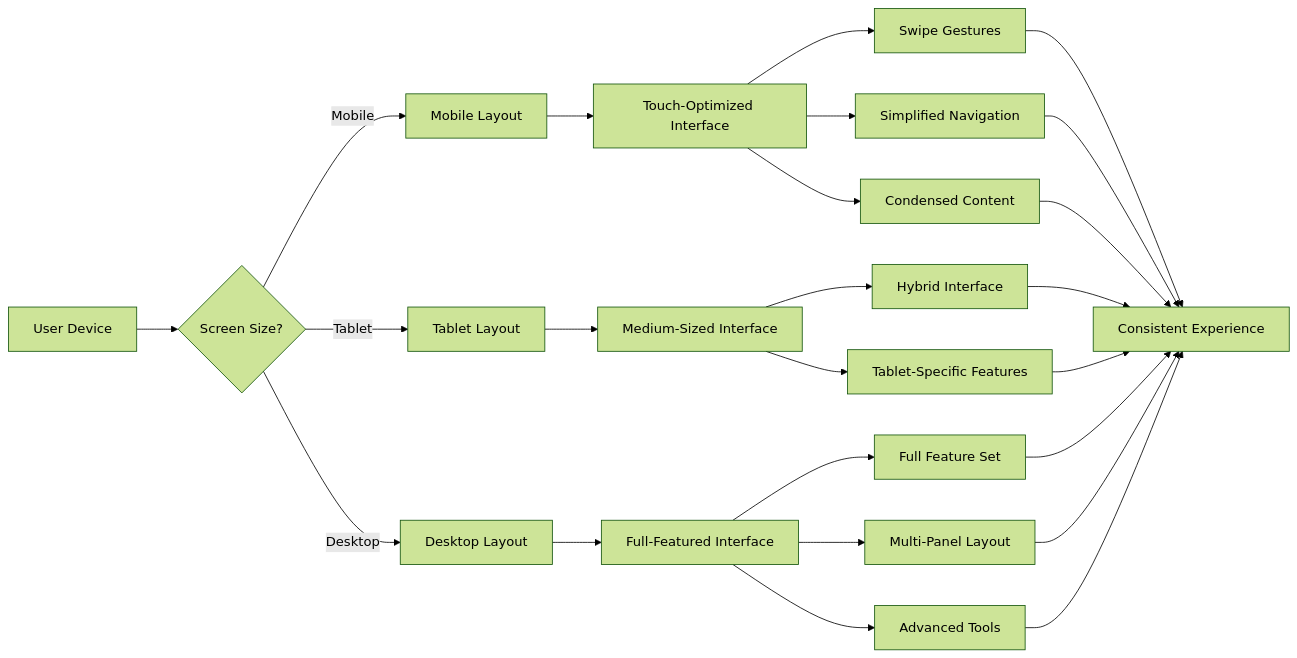
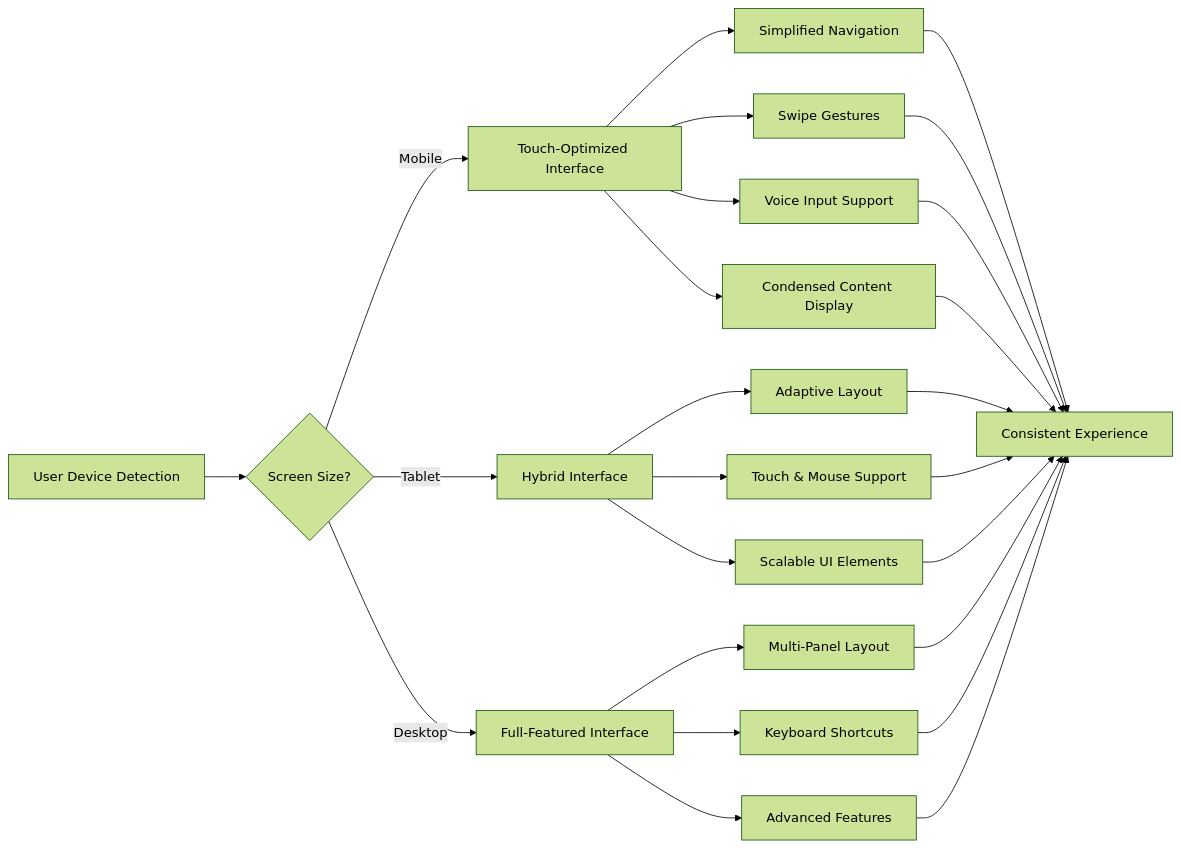
Diagram 13 of 18 in backend/docs/architecture/user-workflow.md (Sbcoit/forked-ai-agent-education-platform), drawn with Mermaid (forest theme) before and after one commit. The commit also changed other lines of this file and 5 other files, not shown here.

````diff
--- a/backend/docs/architecture/user-workflow.md
+++ b/backend/docs/architecture/user-workflow.md
@@ -531,31 +526,31 @@
 ```mermaid
 graph LR
-    A[User Device] --> B{Screen Size?}
-    B -->|Mobile| C[Mobile Layout]
-    B -->|Tablet| D[Tablet Layout]
-    B -->|Desktop| E[Desktop Layout]
+    A[User Device Detection] --> B{Screen Size?}
+    B -->|Mobile| C[Touch-Optimized Interface]
+    B -->|Tablet| D[Hybrid Interface]
+    B -->|Desktop| E[Full-Featured Interface]
     
-    C --> F[Touch-Optimized Interface]
-    D --> G[Medium-Sized Interface]
-    E --> H[Full-Featured Interface]
+    C --> F[Simplified Navigation]
+    C --> G[Swipe Gestures]
+    C --> H[Voice Input Support]
+    C --> I[Condensed Content Display]
     
-    F --> I[Swipe Gestures]
-    F --> J[Simplified Navigation]
-    F --> K[Condensed Content]
+    D --> J[Adaptive Layout]
+    D --> K[Touch & Mouse Support]
+    D --> L[Scalable UI Elements]
     
-    G --> L[Hybrid Interface]
-    G --> M[Tablet-Specific Features]
+    E --> M[Multi-Panel Layout]
+    E --> N[Keyboard Shortcuts]
+    E --> O[Advanced Features]
     
-    H --> N[Full Feature Set]
-    H --> O[Multi-Panel Layout]
-    H --> P[Advanced Tools]
-    
-    I --> Q[Consistent Experience]
-    J --> Q
-    K --> Q
-    L --> Q
-    M --> Q
-    N --> Q
-    O --> Q
-    P --> Q
+    F --> P[Consistent Experience]
+    G --> P
+    H --> P
+    I --> P
+    J --> P
+    K --> P
+    L --> P
+    M --> P
+    N --> P
+    O --> P
 ```
````
